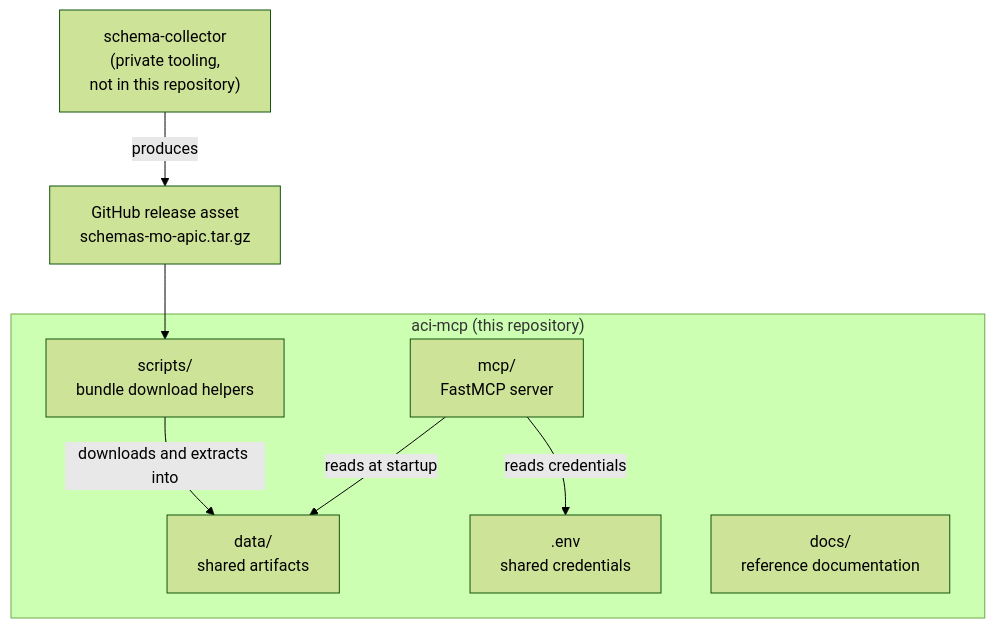
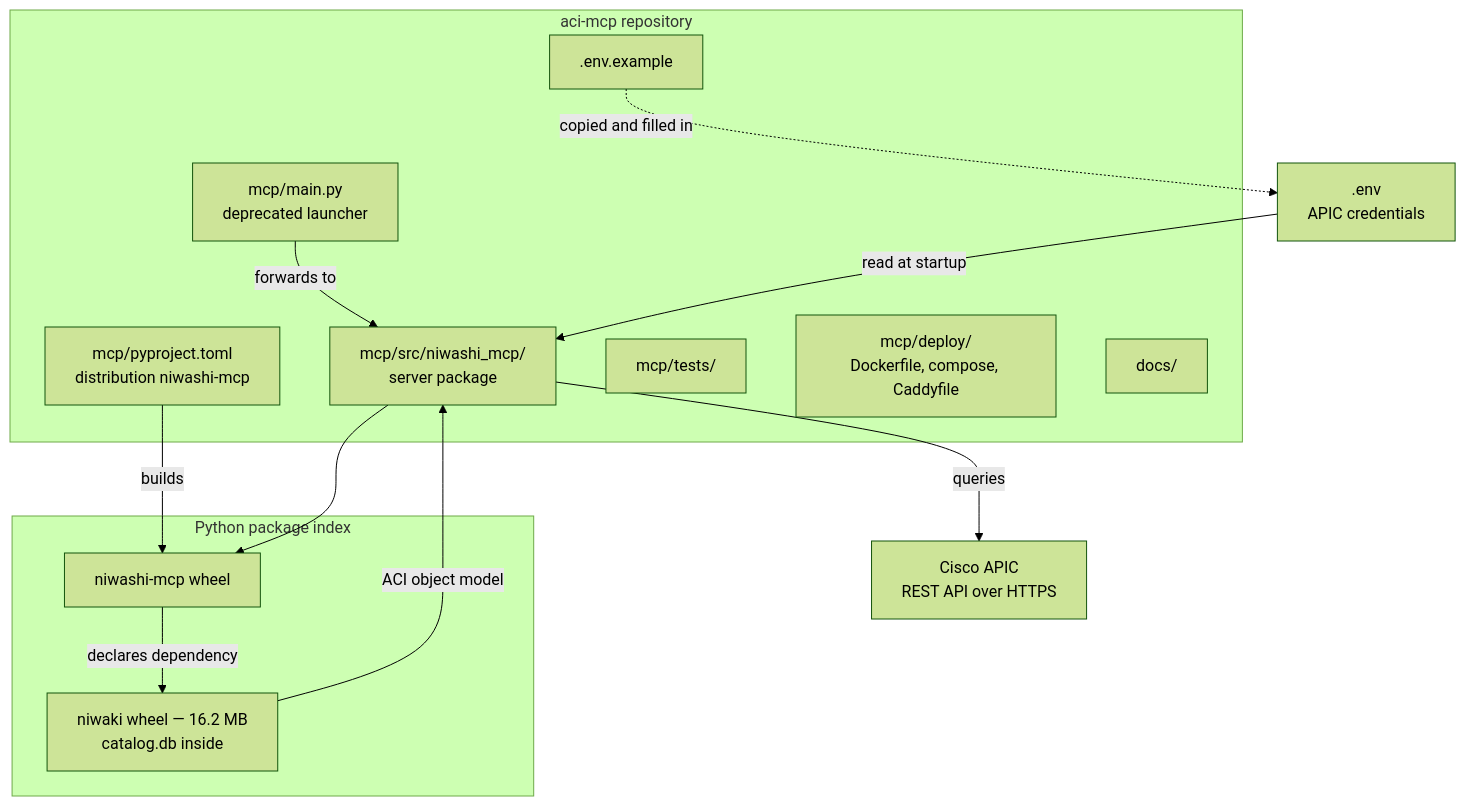
One commit to k3l0-dev/aci-mcp changed the first of 3 diagrams in docs/architecture/overview.md. Above: the diagram before and after it, drawn with Mermaid (forest theme). The commit also changed other lines of this file and 27 other files, not shown here.

````diff
--- a/docs/architecture/overview.md
+++ b/docs/architecture/overview.md
@@ -13,19 +49,29 @@
 ```mermaid
 graph TD
-    subgraph repo["aci-mcp (this repository)"]
-        mcp["mcp/\nFastMCP server"]
-        data["data/\nshared artifacts"]
-        env[".env\nshared credentials"]
-        docs["docs/\nreference documentation"]
-        scripts["scripts/\nbundle download helpers"]
+    subgraph repo["aci-mcp repository"]
+        pkg["mcp/src/niwashi_mcp/<br/>server package"]
+        proj["mcp/pyproject.toml<br/>distribution niwashi-mcp"]
+        shim["mcp/main.py<br/>deprecated launcher"]
+        tests["mcp/tests/"]
+        deploy["mcp/deploy/<br/>Dockerfile, compose, Caddyfile"]
+        docs["docs/"]
+        envex[".env.example"]
     end
 
-    collector["schema-collector\n(private tooling,\nnot in this repository)"]
-    release["GitHub release asset\nschemas-mo-apic.tar.gz"]
+    subgraph pypi["Python package index"]
+        dist["niwashi-mcp wheel"]
+        niwaki["niwaki wheel — 16.2 MB<br/>catalog.db inside"]
+    end
 
-    collector -->|"produces"| release
-    scripts -->|"downloads and extracts into"| data
-    release --> scripts
-    mcp -->|"reads at startup"| data
-    mcp -->|"reads credentials"| env
+    envfile[".env<br/>APIC credentials"]
+    apic["Cisco APIC<br/>REST API over HTTPS"]
+
+    proj -->|"builds"| dist
+    pkg --> dist
+    dist -->|"declares dependency"| niwaki
+    niwaki -->|"ACI object model"| pkg
+    shim -->|"forwards to"| pkg
+    envex -.->|"copied and filled in"| envfile
+    envfile -->|"read at startup"| pkg
+    pkg -->|"queries"| apic
 ```
````
